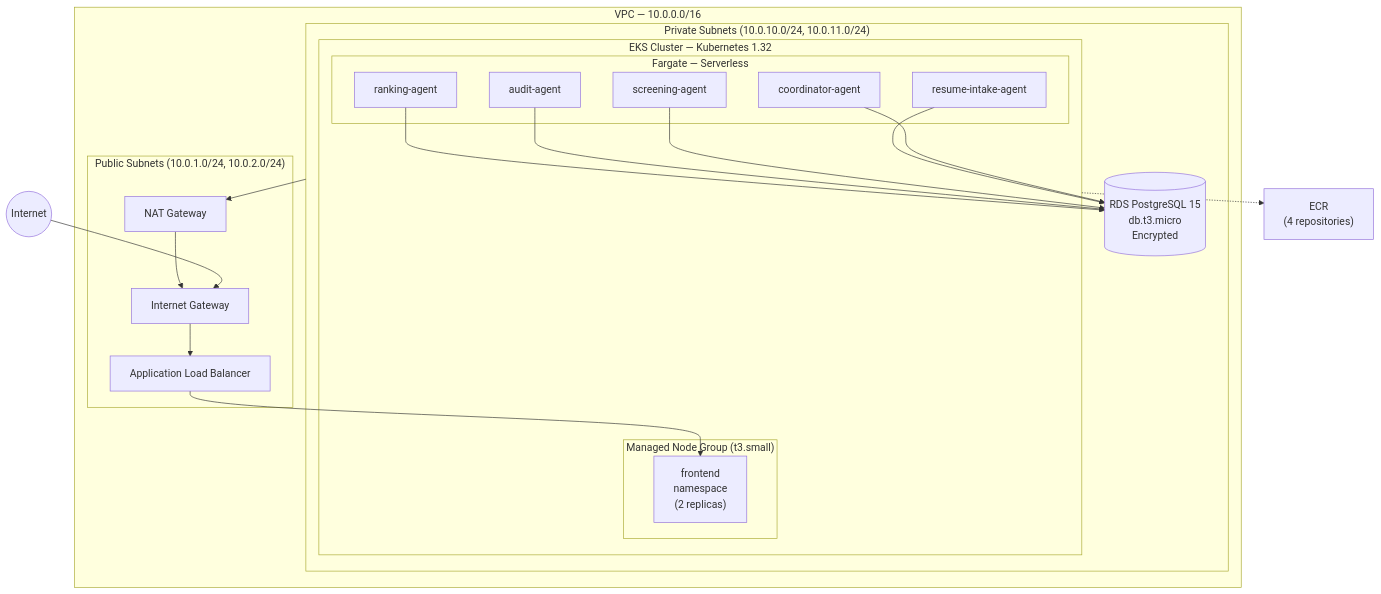
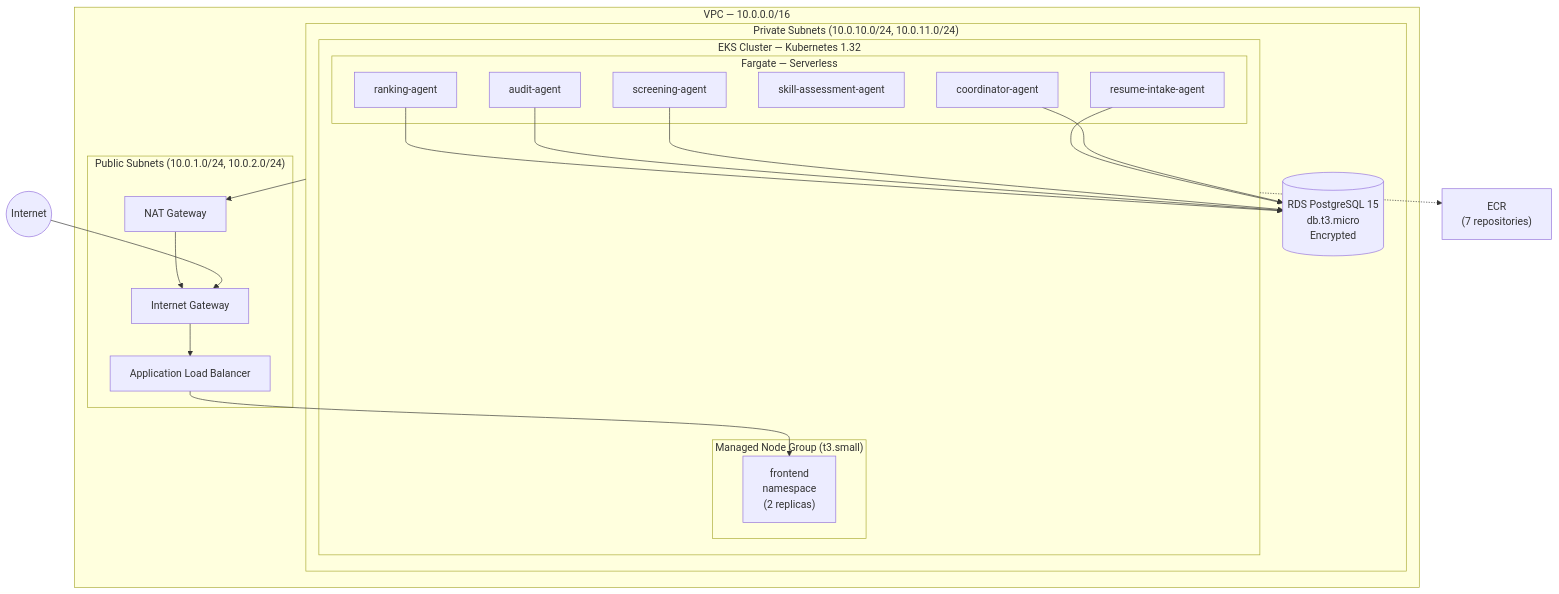
Before and after one commit to NUS-ISS-T20-GCAAS/agent-based-hiring-system: the first of 2 diagrams in infra/terraform/README.md, drawn with Mermaid. The commit also changed other lines of this file and 7 other files, not shown here.

````diff
--- a/infra/terraform/README.md
+++ b/infra/terraform/README.md
@@ -44,39 +46,40 @@
 ```mermaid
 graph TB
     Internet((Internet))
 
     subgraph VPC["VPC — 10.0.0.0/16"]
         subgraph PubSub["Public Subnets (10.0.1.0/24, 10.0.2.0/24)"]
             IGW[Internet Gateway]
             ALB[Application Load Balancer]
             NAT[NAT Gateway]
         end
 
         subgraph PrivSub["Private Subnets (10.0.10.0/24, 10.0.11.0/24)"]
             subgraph EKS["EKS Cluster — Kubernetes 1.32"]
                 subgraph NodeGroup["Managed Node Group (t3.small)"]
                     FE["frontend<br/>namespace<br/>(2 replicas)"]
                 end
                 subgraph Fargate["Fargate — Serverless"]
                     COORD["coordinator-agent"]
                     RESUME["resume-intake-agent"]
                     SCREEN["screening-agent"]
+                    SKILL["skill-assessment-agent"]
                     AUDIT["audit-agent"]
                     RANKING["ranking-agent"]
                 end
             end
             RDS[("RDS PostgreSQL 15<br/>db.t3.micro<br/>Encrypted")]
         end
     end
 
-    ECR["ECR<br/>(4 repositories)"]
+    ECR["ECR<br/>(7 repositories)"]
 
     Internet --> IGW --> ALB --> FE
     COORD --> RDS
     RESUME --> RDS
     SCREEN --> RDS
     AUDIT --> RDS
     RANKING --> RDS
     PrivSub --> NAT --> IGW
     EKS -.-> ECR
 ```
````
